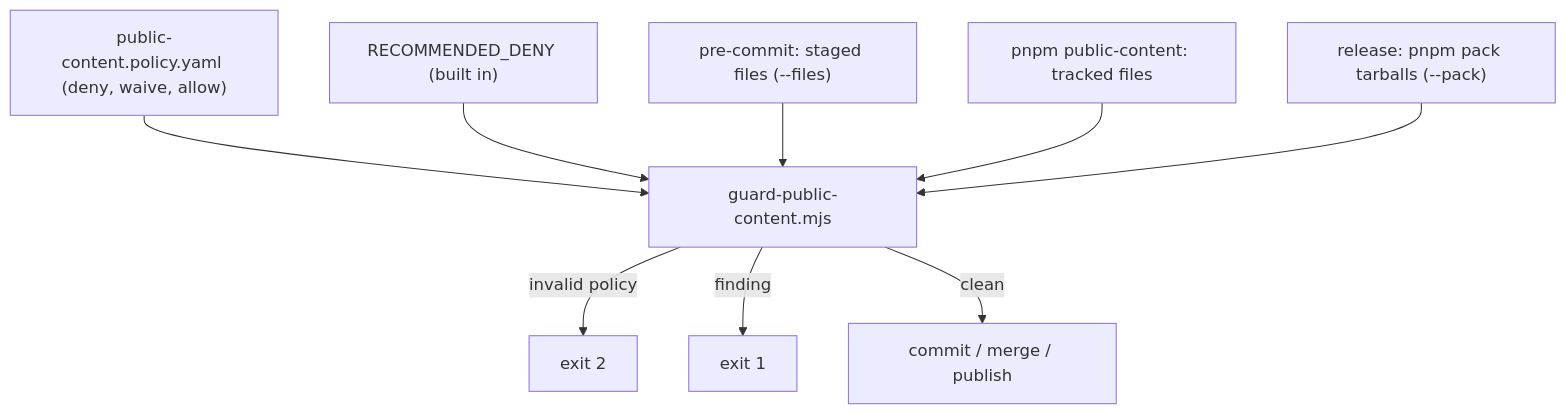
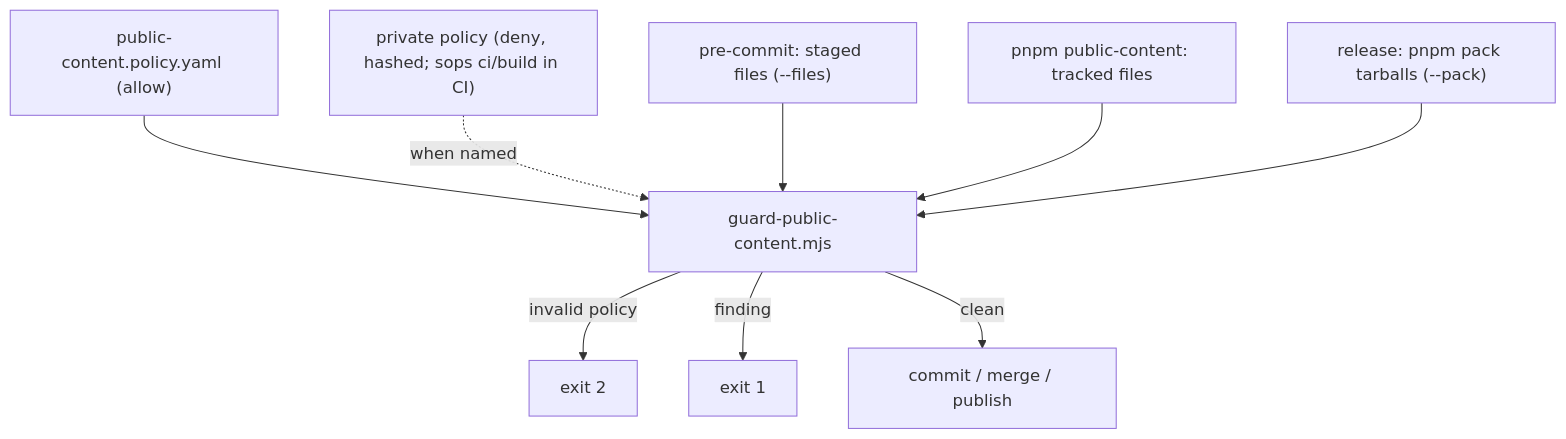
Before and after one commit to figentra/stackra: the diagram in .agents/specs/sta-2911-public-content-policy/plan.md, drawn with Mermaid. The commit also changed other lines of this file and 10 other files, not shown here.

First line of the commit message:
fix(repo): keep the denied terms in a private policy, never in a public file

````diff
--- a/.agents/specs/sta-2911-public-content-policy/plan.md
+++ b/.agents/specs/sta-2911-public-content-policy/plan.md
@@ -83,11 +87,11 @@
 ```mermaid
 flowchart TD
-  policy["public-content.policy.yaml (deny, waive, allow)"] --> guard["guard-public-content.mjs"]
-  recommended["RECOMMENDED_DENY (built in)"] --> guard
+  policy["public-content.policy.yaml (allow)"] --> guard["guard-public-content.mjs"]
+  private["private policy (deny, hashed; sops ci/build in CI)"] -.->|when named| guard
   staged["pre-commit: staged files (--files)"] --> guard
   tracked["pnpm public-content: tracked files"] --> guard
   packs["release: pnpm pack tarballs (--pack)"] --> guard
   guard -->|invalid policy| stop["exit 2"]
   guard -->|finding| fail["exit 1"]
   guard -->|clean| pass["commit / merge / publish"]
 ```
````
